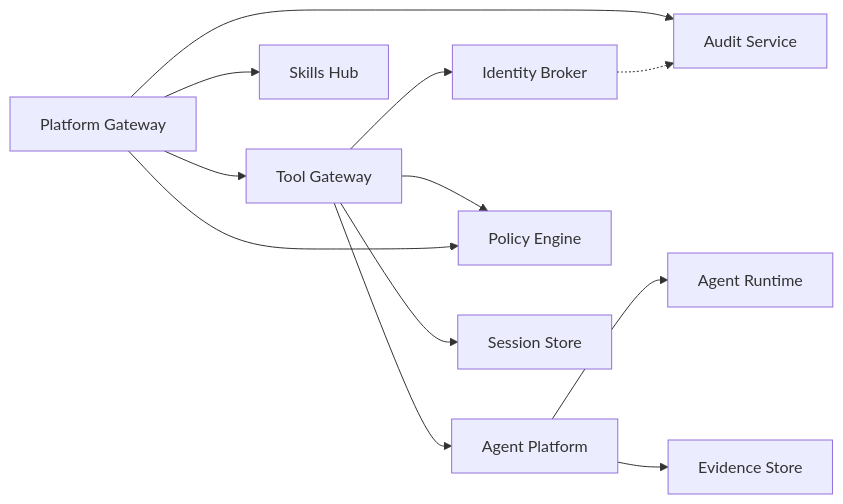
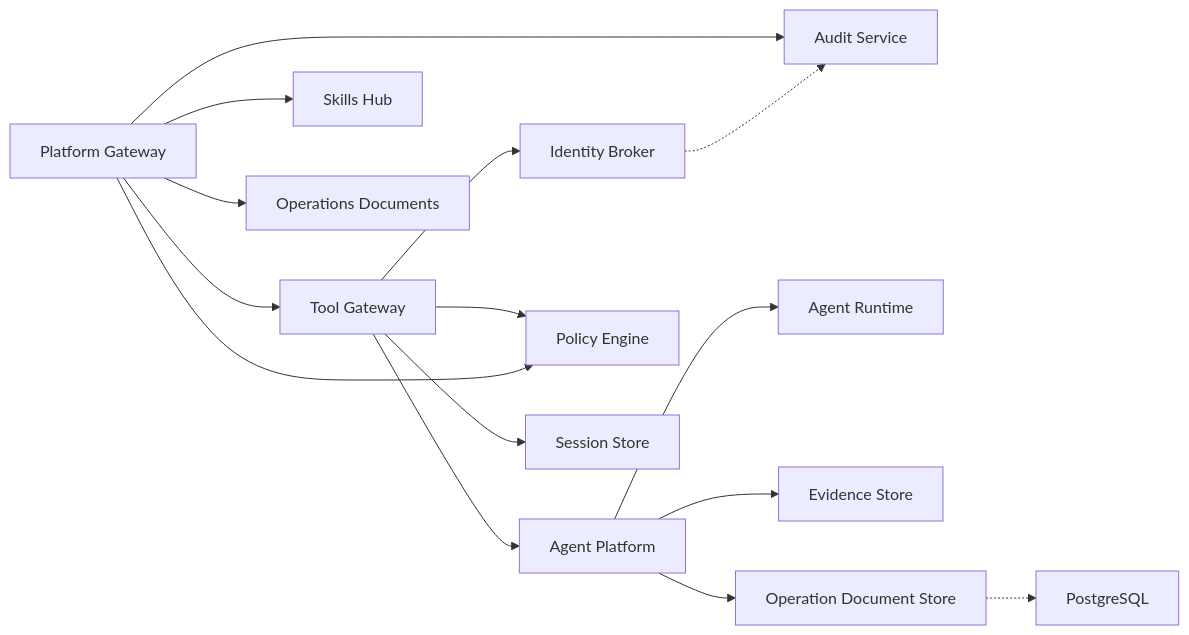
Before and after one commit to metasync/luban-aiops: the third of 3 diagrams in .qoder/repowiki/en/content/API Reference/API Reference.md, drawn with Mermaid. The commit also changed other lines of this file and 101 other files, not shown here.

Commit message:
docs: refresh repowiki for SPEC-039 operations document repository delivery

````diff
--- a/.qoder/repowiki/en/content/API Reference/API Reference.md
+++ b/.qoder/repowiki/en/content/API Reference/API Reference.md
@@ -561,14 +688,17 @@
 ```mermaid
 graph LR
 TG["Tool Gateway"] --> IB["Identity Broker"]
 TG --> AP["Agent Platform"]
 TG --> PE["Policy Engine"]
 TG --> SS["Session Store"]
 PG["Platform Gateway"] --> PE
 PG --> AS["Audit Service"]
 PG --> TG
 PG --> SH["Skills Hub"]
+PG --> OD["Operations Documents"]
 AP --> RT["Agent Runtime"]
 AP --> ES["Evidence Store"]
+AP --> ODS["Operation Document Store"]
 IB -.-> AS
+ODS -.-> DB["PostgreSQL"]
 ```
````
